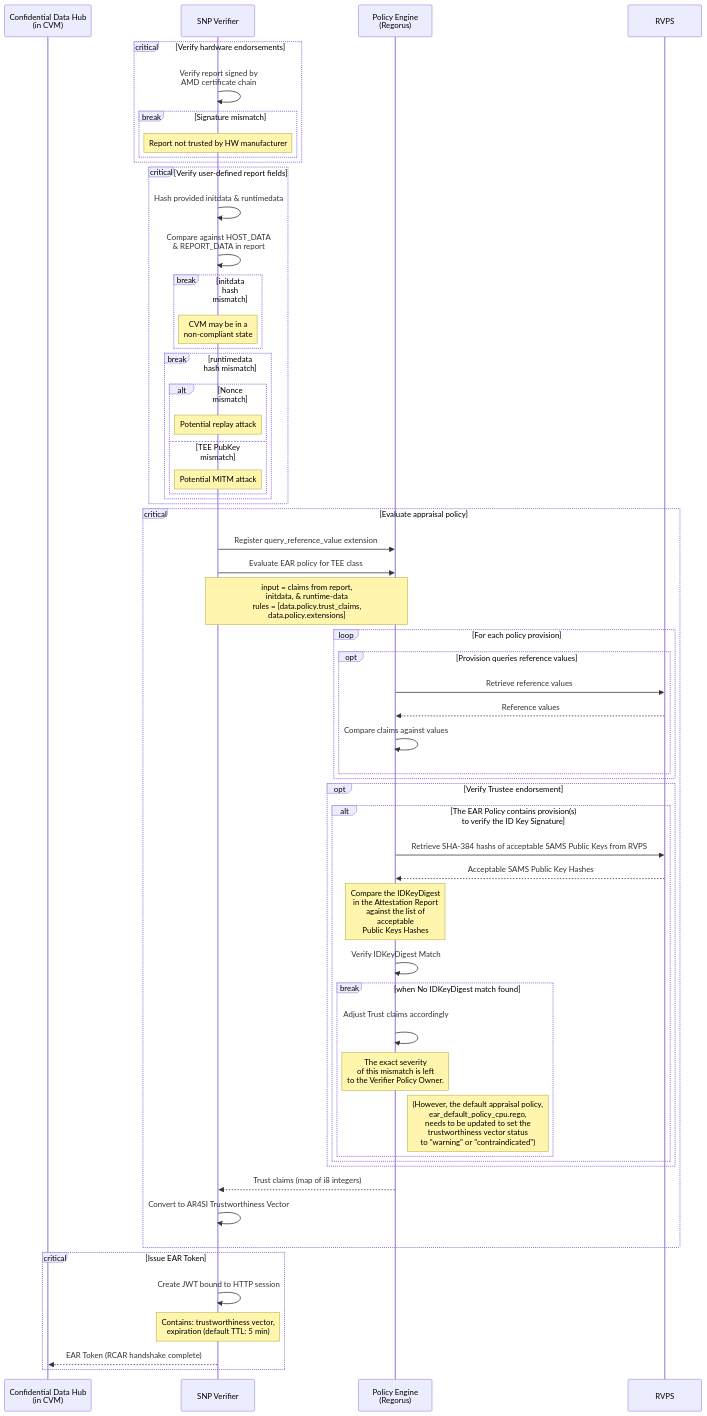
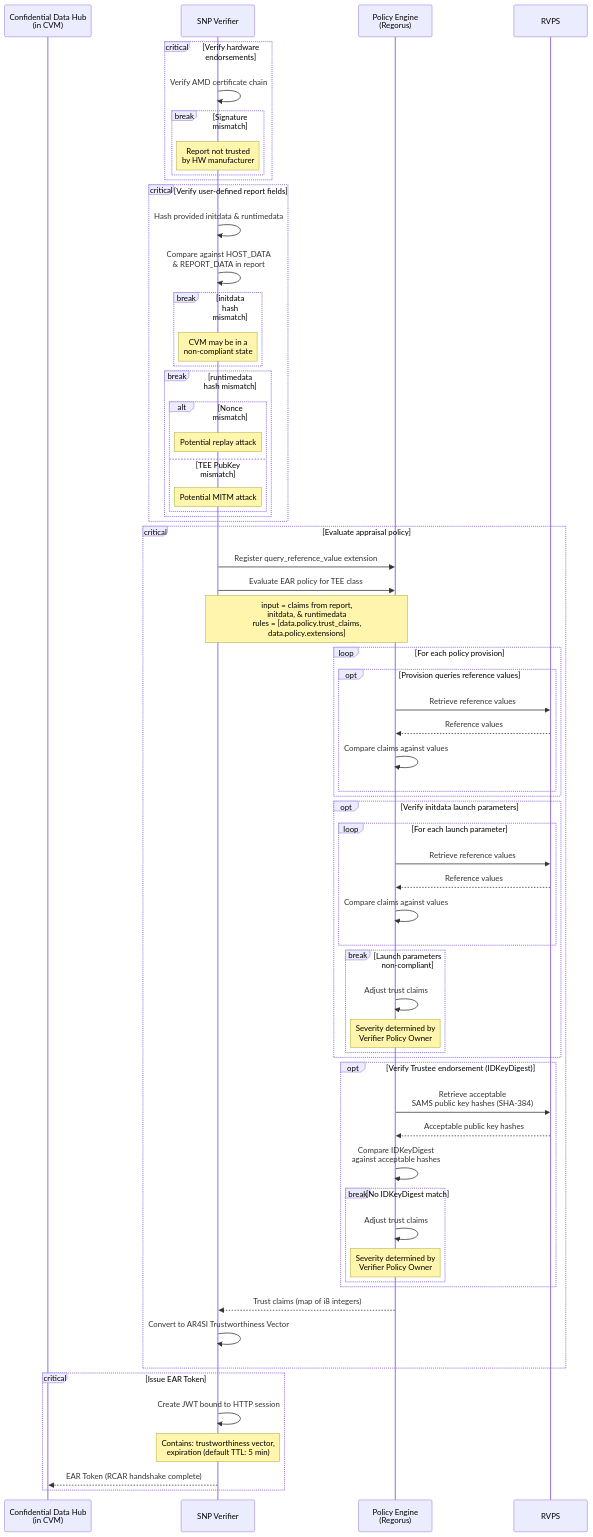
The fifth of 6 diagrams in kbs/src/plugins/implementations/sams/README.md (amd-cmaxwell/trustee), drawn with Mermaid before and after one commit. The commit also changed other lines of this file, not shown here.

First line of the commit message:
kbs: improve SAMS README sections 3-6

````diff
--- a/kbs/src/plugins/implementations/sams/README.md
+++ b/kbs/src/plugins/implementations/sams/README.md
@@ -231,66 +252,74 @@
 ```mermaid
 sequenceDiagram
     participant cdh as Confidential Data Hub<br>(in CVM)
     participant snp_verifier as SNP Verifier
     participant policy_engine as Policy Engine<br>(Regorus)
     participant rvps as RVPS
 
     critical Verify hardware endorsements
-        snp_verifier ->> snp_verifier: Verify report signed by<br>AMD certificate chain
+        snp_verifier ->> snp_verifier: Verify AMD certificate chain
         break Signature mismatch
-            note over snp_verifier: Report not trusted by HW manufacturer
+            note over snp_verifier: Report not trusted<br>by HW manufacturer
         end
     end
 
     critical Verify user-defined report fields
         snp_verifier ->> snp_verifier: Hash provided initdata & runtimedata
         snp_verifier ->> snp_verifier: Compare against HOST_DATA<br>& REPORT_DATA in report
-
         break initdata hash mismatch
             note over snp_verifier: CVM may be in a<br>non-compliant state
         end
         break runtimedata hash mismatch
             alt Nonce mismatch
                 note over snp_verifier: Potential replay attack
             else TEE PubKey mismatch
                 note over snp_verifier: Potential MITM attack
             end
         end
     end
 
     critical Evaluate appraisal policy
         snp_verifier ->> policy_engine: Register query_reference_value extension
         snp_verifier ->> policy_engine: Evaluate EAR policy for TEE class
-        note over snp_verifier, policy_engine: input = claims from report,<br>initdata, & runtime-data<br>rules = [data.policy.trust_claims,<br>data.policy.extensions]
+        note over snp_verifier, policy_engine: input = claims from report,<br>initdata, & runtimedata<br>rules = [data.policy.trust_claims,<br>data.policy.extensions]
 
         loop For each policy provision
             opt Provision queries reference values
                 policy_engine ->> rvps: Retrieve reference values
                 rvps -->> policy_engine: Reference values
                 policy_engine ->> policy_engine: Compare claims against values
             end
         end
-        opt Verify Trustee endorsement
-            alt The EAR Policy contains provision(s)<br> to verify the ID Key Signature
-                policy_engine ->> rvps: Retrieve SHA-384 hashs of acceptable SAMS Public Keys from RVPS
-                rvps -->> policy_engine: Acceptable SAMS Public Key Hashes
-                note over policy_engine: Compare the IDKeyDigest<br> in the Attestation Report <br>against the list of<br> acceptable<br> Public Keys Hashes
-                policy_engine ->> policy_engine: Verify IDKeyDigest Match
-                break when No IDKeyDigest match found
-                    policy_engine ->> policy_engine: Adjust Trust claims accordingly<br>
-                    note over policy_engine: The exact severity<br> of this mismatch is left<br> to the Verifier Policy Owner.
-                    note right of policy_engine: (However, the default appraisal policy,<br> ear_default_policy_cpu.rego,<br> needs to be updated to set the <br>trustworthiness vector status<br> to "warning" or "contraindicated")
-                end
+
+        opt Verify initdata launch parameters
+            loop For each launch parameter
+                policy_engine ->> rvps: Retrieve reference values
+                rvps -->> policy_engine: Reference values
+                policy_engine ->> policy_engine: Compare claims against values
+            end
+            break Launch parameters non-compliant
+                policy_engine ->> policy_engine: Adjust trust claims
+                note over policy_engine: Severity determined by<br>Verifier Policy Owner
+            end
+        end
+
+        opt Verify Trustee endorsement (IDKeyDigest)
+            policy_engine ->> rvps: Retrieve acceptable<br>SAMS public key hashes (SHA-384)
+            rvps -->> policy_engine: Acceptable public key hashes
+            policy_engine ->> policy_engine: Compare IDKeyDigest<br>against acceptable hashes
+            break No IDKeyDigest match
+                policy_engine ->> policy_engine: Adjust trust claims
+                note over policy_engine: Severity determined by<br>Verifier Policy Owner
             end
         end
 
         policy_engine -->> snp_verifier: Trust claims (map of i8 integers)
         snp_verifier ->> snp_verifier: Convert to AR4SI Trustworthiness Vector
     end
 
     critical Issue EAR Token
         snp_verifier ->> snp_verifier: Create JWT bound to HTTP session
         note over snp_verifier: Contains: trustworthiness vector,<br>expiration (default TTL: 5 min)
         snp_verifier -->> cdh: EAR Token (RCAR handshake complete)
     end
 ```
````
